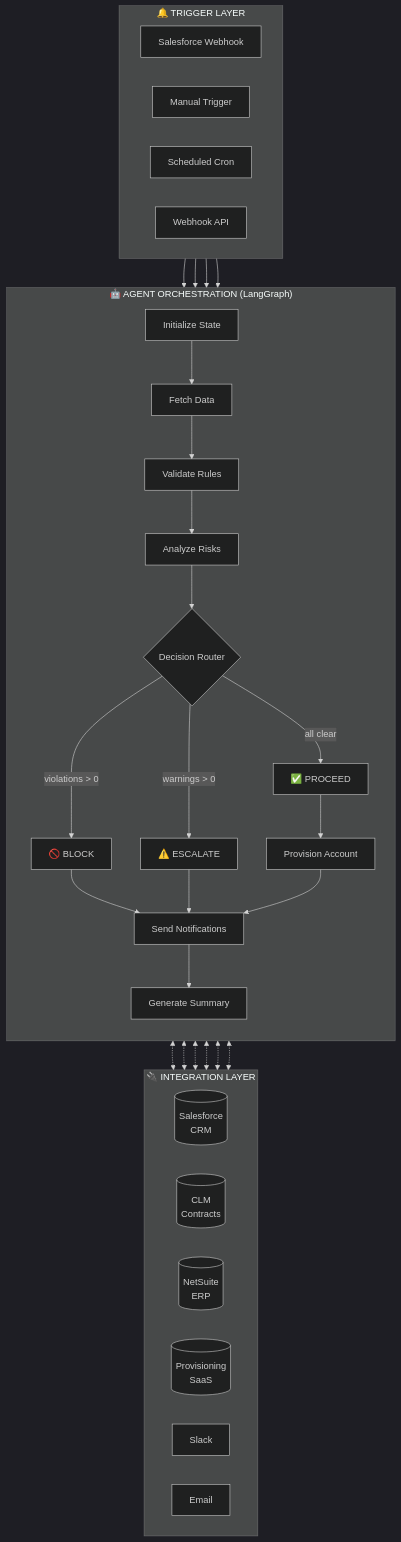
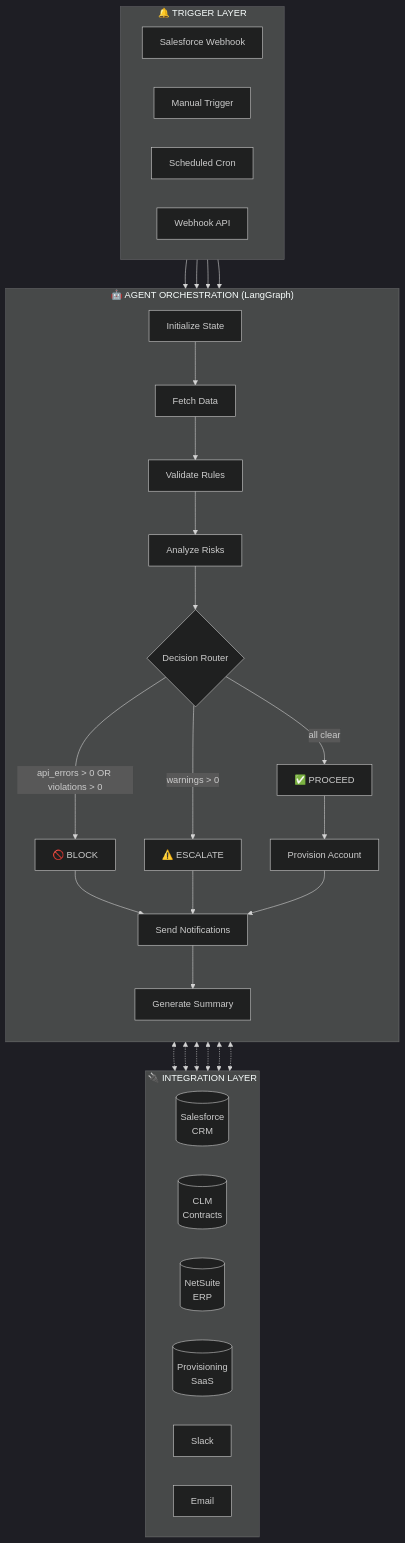
The first of 11 diagrams in SOLUTION_DESIGN.md (alyab16/Enterprise-Agents-Solutions-Case-Study), drawn with Mermaid (dark theme) before and after one commit. The commit also changed other lines of this file and 5 other files, not shown here.

````diff
--- a/SOLUTION_DESIGN.md
+++ b/SOLUTION_DESIGN.md
@@ -49,64 +51,64 @@
 ```mermaid
 flowchart TB
     subgraph TriggerLayer["🔔 TRIGGER LAYER"]
         direction LR
         SF_WH[Salesforce Webhook]
         MANUAL[Manual Trigger]
         CRON[Scheduled Cron]
         API_WH[Webhook API]
     end
 
     subgraph AgentOrchestration["🤖 AGENT ORCHESTRATION (LangGraph)"]
         direction TB
         INIT[Initialize State]
         FETCH[Fetch Data]
         VALIDATE[Validate Rules]
         ANALYZE[Analyze Risks]
         DECIDE{Decision Router}
         
         BLOCK[🚫 BLOCK]
         ESCALATE[⚠️ ESCALATE]
         PROCEED[✅ PROCEED]
         
         NOTIFY[Send Notifications]
         PROVISION[Provision Account]
         SUMMARY[Generate Summary]
         
         INIT --> FETCH
         FETCH --> VALIDATE
         VALIDATE --> ANALYZE
         ANALYZE --> DECIDE
         
-        DECIDE -->|violations > 0| BLOCK
+        DECIDE -->|api_errors > 0 OR violations > 0| BLOCK
         DECIDE -->|warnings > 0| ESCALATE
         DECIDE -->|all clear| PROCEED
         
         BLOCK --> NOTIFY
         ESCALATE --> NOTIFY
         PROCEED --> PROVISION
         PROVISION --> NOTIFY
         NOTIFY --> SUMMARY
     end
 
     subgraph IntegrationLayer["🔌 INTEGRATION LAYER"]
         direction LR
         CRM[(Salesforce<br/>CRM)]
         CLM_SYS[(CLM<br/>Contracts)]
         ERP[(NetSuite<br/>ERP)]
         PROV[(Provisioning<br/>SaaS)]
         SLACK_INT[Slack]
         EMAIL_INT[Email]
     end
 
     SF_WH --> INIT
     MANUAL --> INIT
     CRON --> INIT
     API_WH --> INIT
     
     FETCH <-.-> CRM
     FETCH <-.-> CLM_SYS
     FETCH <-.-> ERP
     PROVISION <-.-> PROV
     NOTIFY <-.-> SLACK_INT
     NOTIFY <-.-> EMAIL_INT
 ```
````
